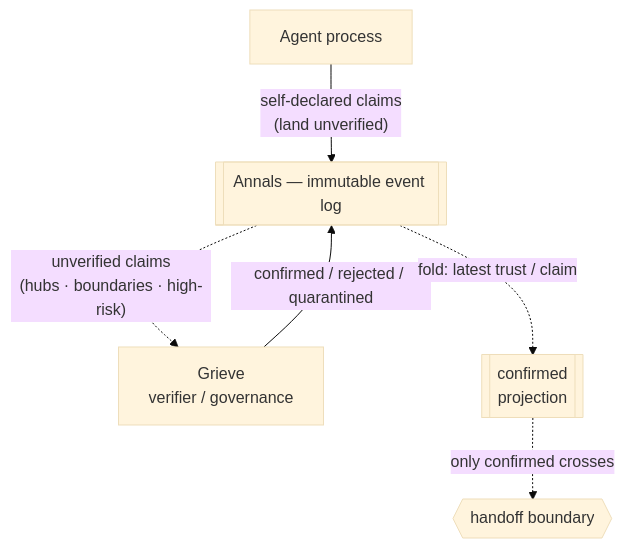
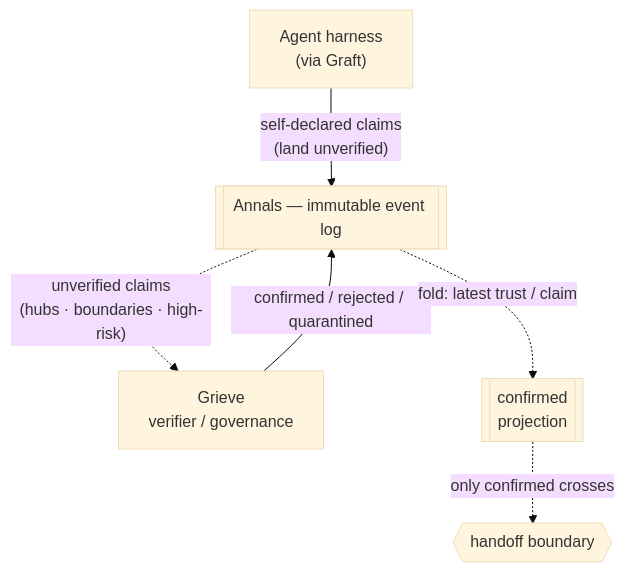
Before and after one commit to bitcomplete/wolfgang: the second of 3 diagrams in knowledge/ARCHITECTURE.md, drawn with Mermaid (base theme). The commit also changed other lines of this file and 5 other files, not shown here.

First line of the commit message:
Add Graft: harness-agnostic adapter layer

````diff
--- a/knowledge/ARCHITECTURE.md
+++ b/knowledge/ARCHITECTURE.md
@@ -64,8 +65,8 @@
 ```mermaid
 flowchart TB
-  AGENT["Agent process"] -->|"self-declared claims<br/>(land unverified)"| ANNALS[["Annals — immutable event log"]]
+  AGENT["Agent harness<br/>(via Graft)"] -->|"self-declared claims<br/>(land unverified)"| ANNALS[["Annals — immutable event log"]]
   ANNALS -.->|"unverified claims<br/>(hubs · boundaries · high-risk)"| GRIEVE["Grieve<br/>verifier / governance"]
   GRIEVE -->|"confirmed / rejected / quarantined"| ANNALS
   ANNALS -.->|"fold: latest trust / claim"| CONF[["confirmed<br/>projection"]]
   CONF -.->|"only confirmed crosses"| HANDOFF{{"handoff boundary"}}
 ```
````
